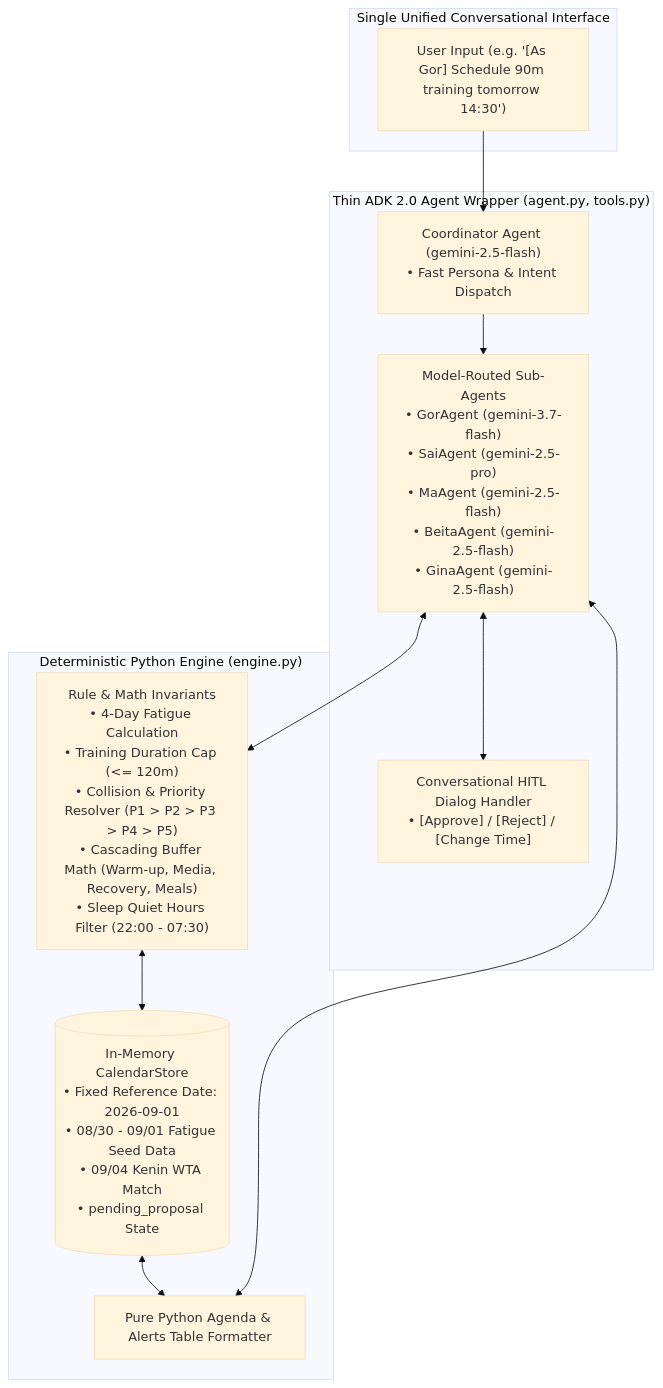
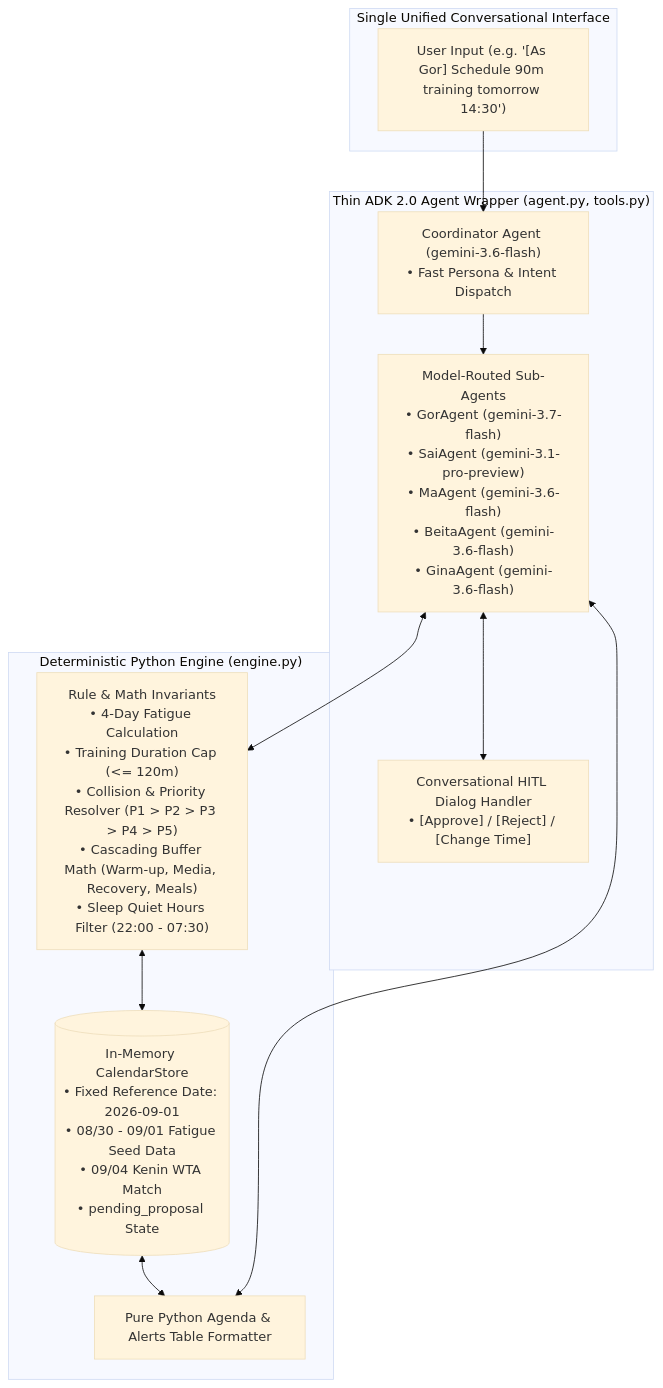
The first of 4 diagrams in docs/design_spec_small_team_support_agent.md (qinshu-booker-xiao/small-team-support-agent), drawn with Mermaid (base theme) before and after one commit. The commit also changed other lines of this file and 7 other files, not shown here.

````diff
--- a/docs/design_spec_small_team_support_agent.md
+++ b/docs/design_spec_small_team_support_agent.md
@@ -25,26 +25,26 @@
 ```mermaid
 flowchart TD
     subgraph UI["Single Unified Conversational Interface"]
         Input["User Input (e.g. '[As Gor] Schedule 90m training tomorrow 14:30')"]
     end
 
     subgraph ThinWrapper["Thin ADK 2.0 Agent Wrapper (agent.py, tools.py)"]
-        Router["Coordinator Agent (gemini-2.5-flash)\n• Fast Persona & Intent Dispatch"]
-        Specialists["Model-Routed Sub-Agents\n• GorAgent (gemini-3.7-flash)\n• SaiAgent (gemini-2.5-pro)\n• MaAgent (gemini-2.5-flash)\n• BeitaAgent (gemini-2.5-flash)\n• GinaAgent (gemini-2.5-flash)"]
+        Router["Coordinator Agent (gemini-3.6-flash)\n• Fast Persona & Intent Dispatch"]
+        Specialists["Model-Routed Sub-Agents\n• GorAgent (gemini-3.7-flash)\n• SaiAgent (gemini-3.1-pro-preview)\n• MaAgent (gemini-3.6-flash)\n• BeitaAgent (gemini-3.6-flash)\n• GinaAgent (gemini-3.6-flash)"]
         HITLDialog["Conversational HITL Dialog Handler\n• [Approve] / [Reject] / [Change Time]"]
         Router --> Specialists
         Specialists <--> HITLDialog
     end
 
     subgraph DeterministicEngine["Deterministic Python Engine (engine.py)"]
         Validation["Rule & Math Invariants\n• 4-Day Fatigue Calculation\n• Training Duration Cap (<= 120m)\n• Collision & Priority Resolver (P1 > P2 > P3 > P4 > P5)\n• Cascading Buffer Math (Warm-up, Media, Recovery, Meals)\n• Sleep Quiet Hours Filter (22:00 - 07:30)"]
         Store[("In-Memory CalendarStore\n• Fixed Reference Date: 2026-09-01\n• 08/30 - 09/01 Fatigue Seed Data\n• 09/04 Kenin WTA Match\n• pending_proposal State")]
         Formatter["Pure Python Agenda & Alerts Table Formatter"]
         Validation <--> Store
         Store <--> Formatter
     end
 
     Input --> Router
     Specialists <--> Validation
     Specialists <--> Formatter
 ```
````
